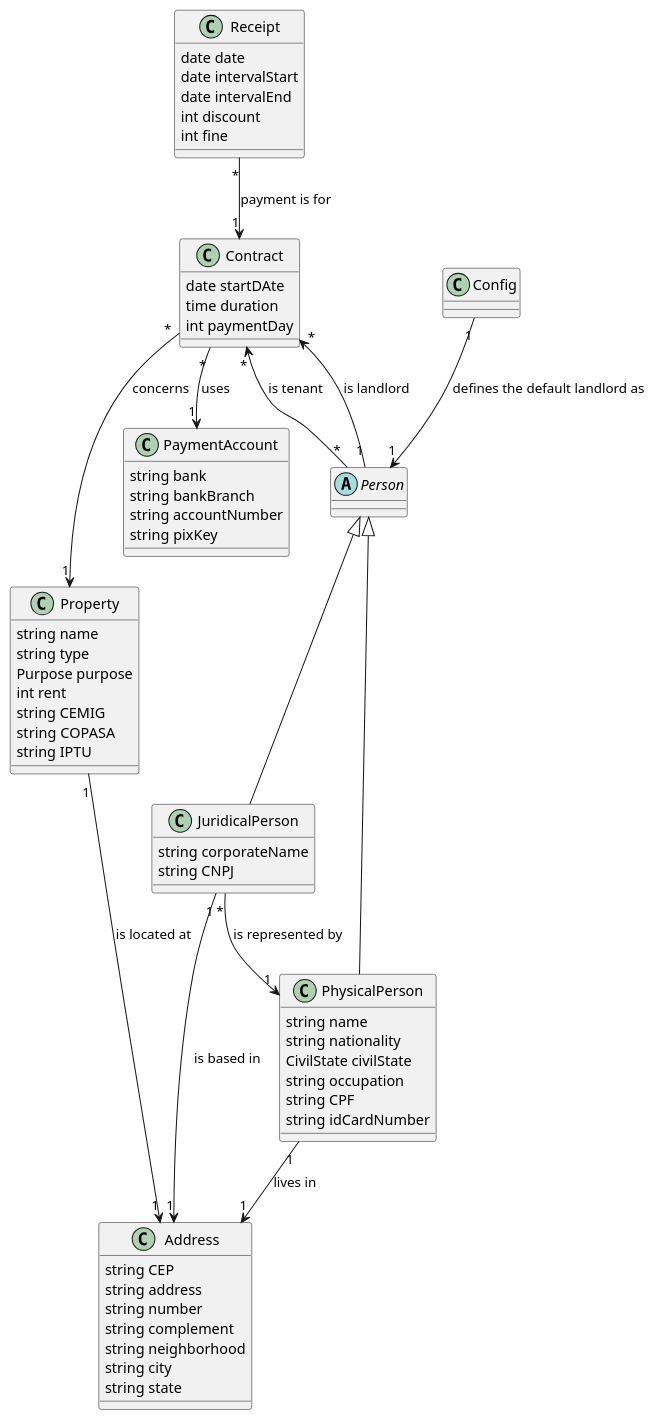
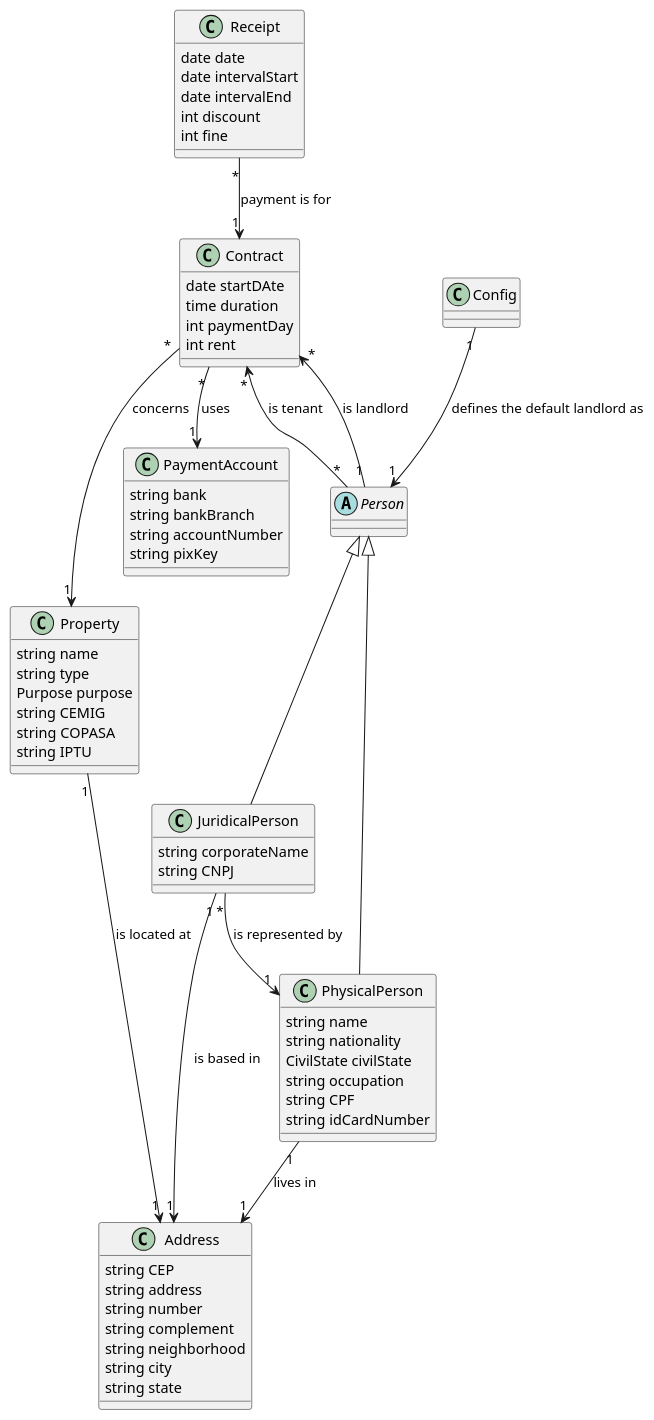
The diagram in docs/general-instructions.md (guilhermenovais/e-mobiliaria), drawn with PlantUML before and after one commit. The commit also changed other lines of this file and 44 other files, not shown here.

````diff
--- a/docs/general-instructions.md
+++ b/docs/general-instructions.md
@@ -54,82 +54,82 @@
 ```plantuml
 @startuml main
 
 abstract class Person
 
 class PhysicalPerson {
 string name
 string nationality
 CivilState civilState /' SINGLE, MARRIED, DIVORCED, WIDOWER '/
 string occupation
 string CPF
 string idCardNumber
 }
 
 class JuridicalPerson {
 string corporateName
 string CNPJ
 }
 
 Person <|-- PhysicalPerson
 Person <|-- JuridicalPerson
 
 class Address {
 string CEP
 string address
 string number
 string complement
 string neighborhood
 string city
 string state
 }
 
 JuridicalPerson "*" --> "1" PhysicalPerson : is represented by
 JuridicalPerson "1" --> "1" Address : is based in
 PhysicalPerson "1" --> "1" Address : lives in
 
 class Property {
 string name
 string type
 Purpose purpose /' RESIDENTIAL, COMMERCIAL '/
-int rent
 string CEMIG
 string COPASA
 string IPTU
 }
 
 Property "1" --> "1" Address : is located at
 
 class PaymentAccount {
 string bank
 string bankBranch
 string accountNumber
 string pixKey
 }
 
 class Contract {
 date startDAte
 time duration
 int paymentDay
+int rent
 }
 
 Contract "*" <-- "1" Person : is landlord
 Contract "*" <-- "*" Person : is tenant
 Contract "*" --> "1" PaymentAccount : uses
 Contract "*" --> "1" Property : concerns
 
 class Receipt {
 date date
 date intervalStart
 date intervalEnd
 int discount
 int fine
 }
 
 Receipt "*" --> "1" Contract : payment is for
 
 class Config {}
 
 Config "1" --> "1" Person : defines the default landlord as
 
 @enduml
 ```
````
